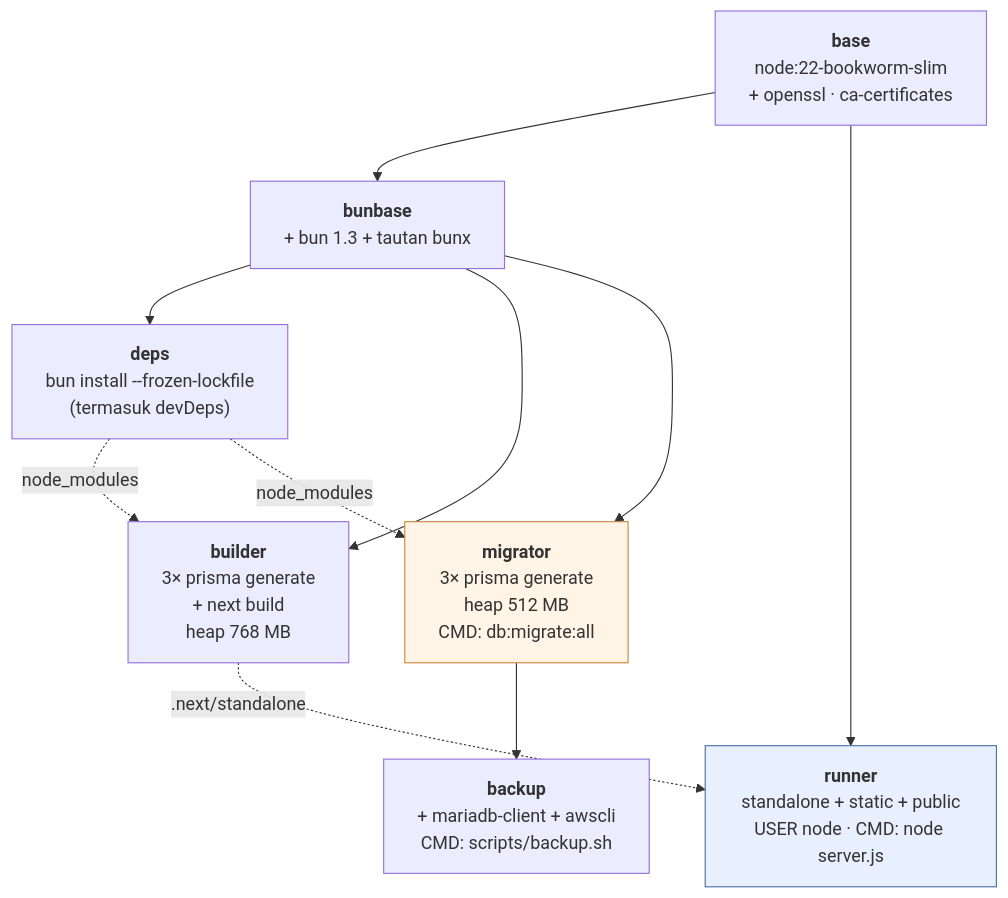
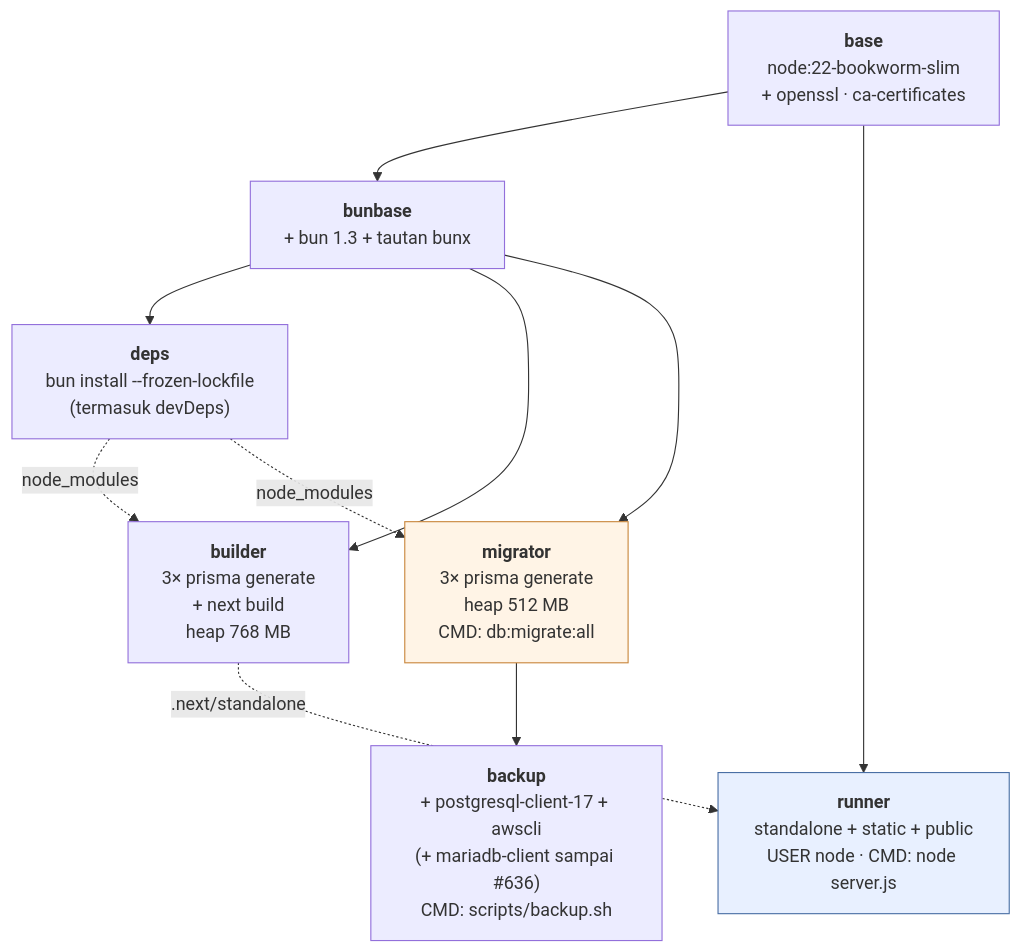
One commit to tri-evendi/sai-accounting changed the second of 5 diagrams in docs/arsitektur/07-INFRASTRUKTUR-DEPLOY.md. Above: the diagram before and after it, drawn with Mermaid. The commit also changed other lines of this file and 10 other files, not shown here.

````diff
--- a/docs/arsitektur/07-INFRASTRUKTUR-DEPLOY.md
+++ b/docs/arsitektur/07-INFRASTRUKTUR-DEPLOY.md
@@ -106,22 +107,22 @@
 ```mermaid
 graph TD
     BASE["<b>base</b><br/>node:22-bookworm-slim<br/>+ openssl · ca-certificates"]
     BUN["<b>bunbase</b><br/>+ bun 1.3 + tautan bunx"]
     DEPS["<b>deps</b><br/>bun install --frozen-lockfile<br/>(termasuk devDeps)"]
     BUILD["<b>builder</b><br/>3× prisma generate<br/>+ next build<br/>heap 768 MB"]
     MIGR["<b>migrator</b><br/>3× prisma generate<br/>heap 512 MB<br/>CMD: db:migrate:all"]
-    BAK["<b>backup</b><br/>+ mariadb-client + awscli<br/>CMD: scripts/backup.sh"]
+    BAK["<b>backup</b><br/>+ postgresql-client-17 + awscli<br/>(+ mariadb-client sampai #636)<br/>CMD: scripts/backup.sh"]
     RUN["<b>runner</b><br/>standalone + static + public<br/>USER node · CMD: node server.js"]
 
     BASE --> BUN --> DEPS
     BUN --> BUILD
     BUN --> MIGR
     DEPS -.->|node_modules| BUILD
     DEPS -.->|node_modules| MIGR
     MIGR --> BAK
     BUILD -.->|.next/standalone| RUN
     BASE --> RUN
 
     style RUN fill:#e8f0ff,stroke:#4a6fa5
     style MIGR fill:#fff4e6,stroke:#c9873d
 ```
````
